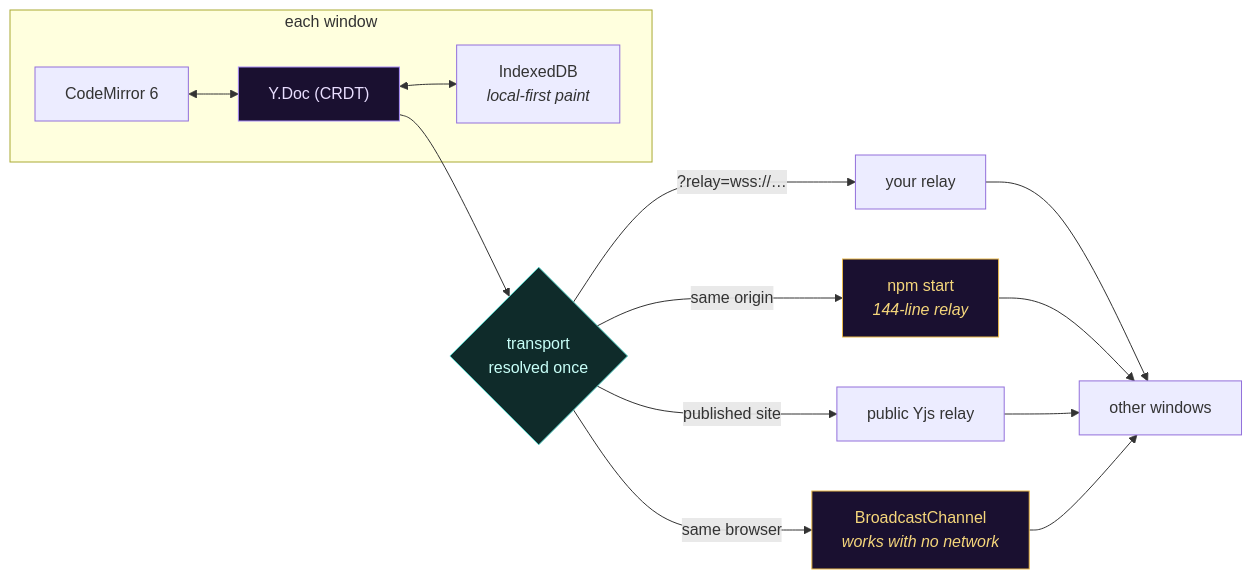
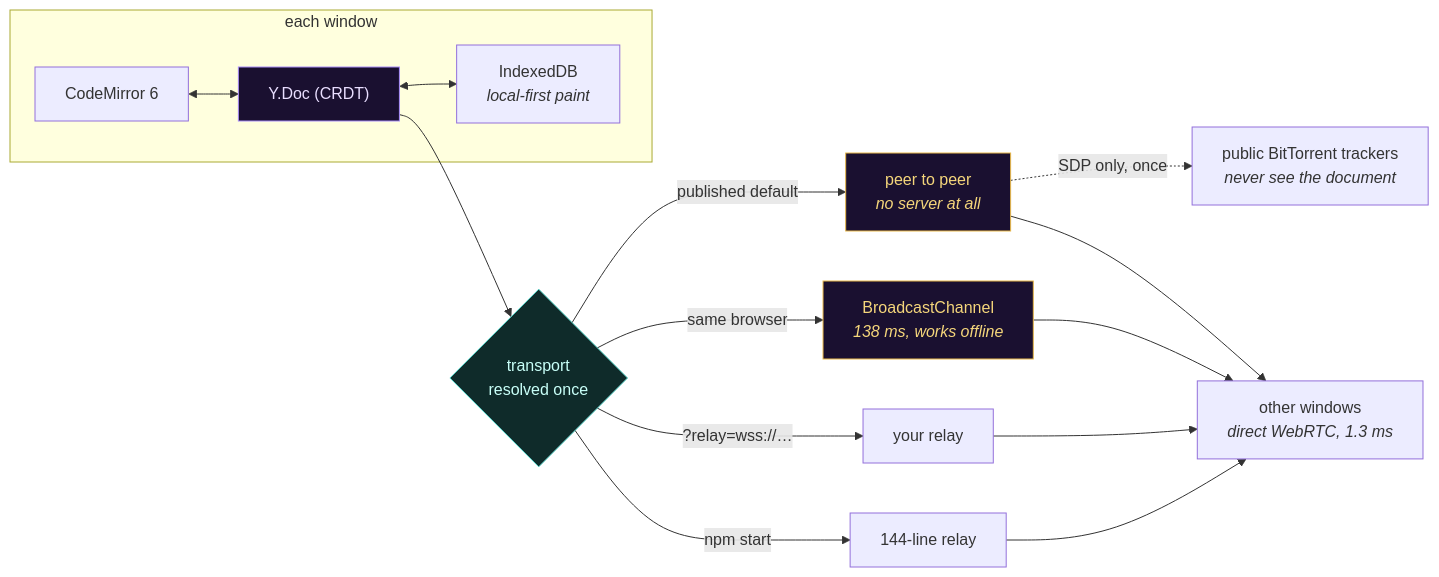
Before and after one commit to fire17/EchoCollab: the first of 2 diagrams in README.md, drawn with Mermaid. The commit also changed other lines of this file and 6 other files, not shown here.

````diff
--- a/README.md
+++ b/README.md
@@ -72,21 +74,22 @@
 ```mermaid
 flowchart LR
   subgraph W["each window"]
     CM["CodeMirror 6"] <--> YD["Y.Doc (CRDT)"]
     YD <--> IDB["IndexedDB<br/><i>local-first paint</i>"]
   end
   YD --> T{"transport<br/>resolved once"}
+  T -->|"published default"| P2P["peer to peer<br/><i>no server at all</i>"]
+  T -->|"same browser"| BC["BroadcastChannel<br/><i>138 ms, works offline</i>"]
   T -->|"?relay=wss://…"| OWN["your relay"]
-  T -->|"same origin"| SELF["npm start<br/><i>144-line relay</i>"]
-  T -->|"published site"| PUB["public Yjs relay"]
-  T -->|"same browser"| BC["BroadcastChannel<br/><i>works with no network</i>"]
-  OWN --> P["other windows"]
-  SELF --> P
-  PUB --> P
-  BC --> P
+  T -->|"npm start"| SELF["144-line relay"]
+  P2P -.->|"SDP only, once"| TR["public BitTorrent trackers<br/><i>never see the document</i>"]
+  P2P --> W2["other windows<br/><i>direct WebRTC, 1.3 ms</i>"]
+  BC --> W2
+  OWN --> W2
+  SELF --> W2
 
   style YD fill:#1a1030,stroke:#a78bfa,color:#e9deff
   style T fill:#0f2b2a,stroke:#4fd1c5,color:#c8fff8
-  style SELF fill:#1a1030,stroke:#e8b84a,color:#f5d67b
+  style P2P fill:#1a1030,stroke:#e8b84a,color:#f5d67b
   style BC fill:#1a1030,stroke:#e8b84a,color:#f5d67b
 ```
````
